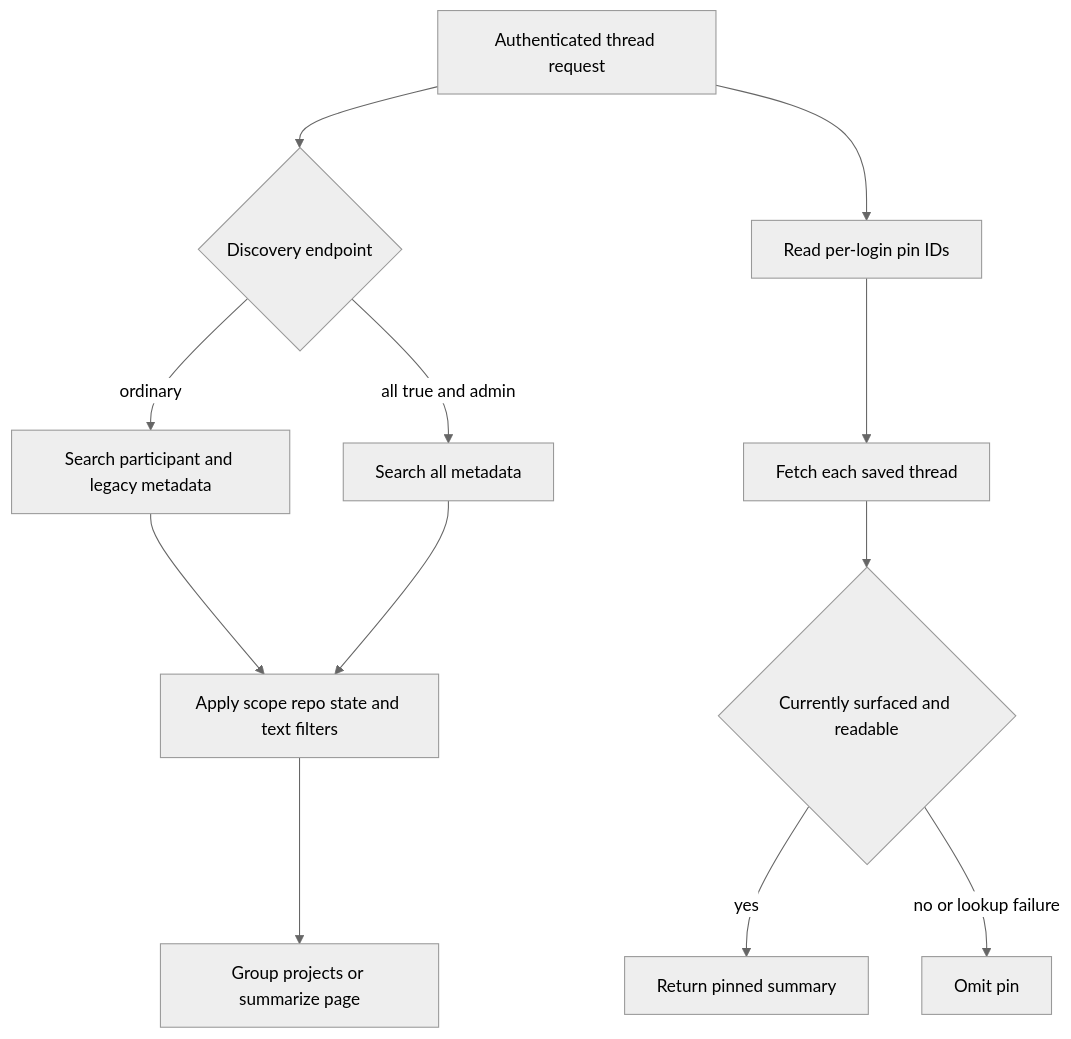
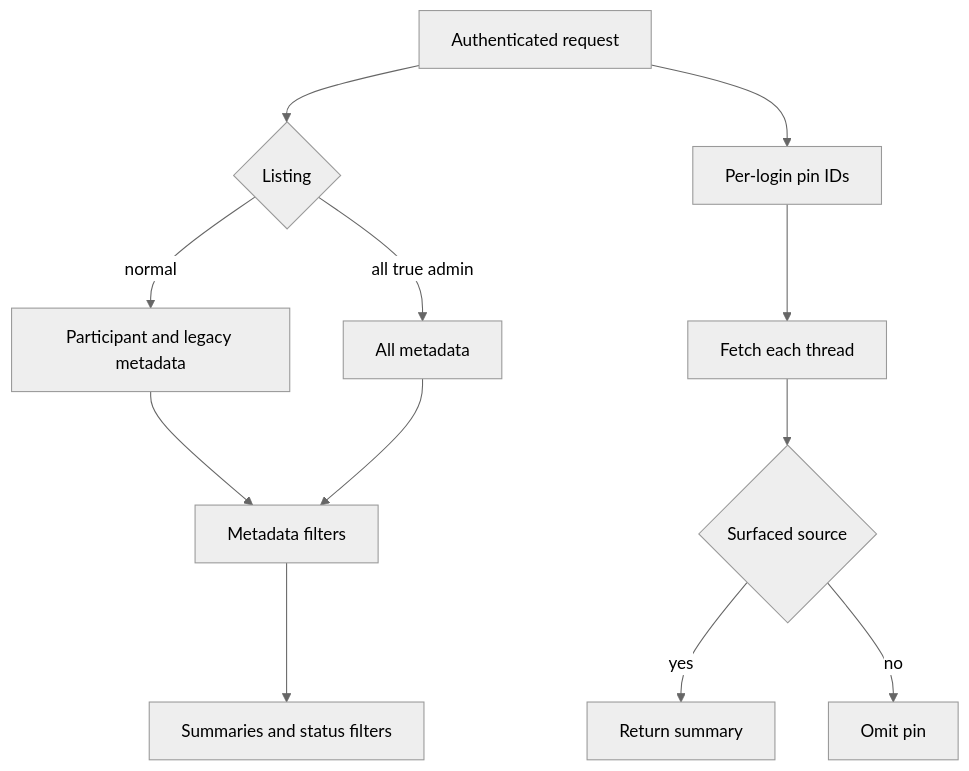
Before and after one commit to langchain-ai/open-swe: the second of 2 diagrams in openwiki/integrations/dashboard-ui.md, drawn with Mermaid (neutral theme). The commit also changed other lines of this file and 52 other files, not shown here.

````diff
--- a/openwiki/integrations/dashboard-ui.md
+++ b/openwiki/integrations/dashboard-ui.md
@@ -103,14 +97,14 @@
 ```mermaid
 flowchart TD
-    Request["Authenticated thread request"] --> Listing{"Discovery endpoint"}
-    Listing -->|"ordinary"| Participants["Search participant and legacy metadata"]
-    Listing -->|"all true and admin"| Broad["Search all metadata"]
-    Participants --> Filters["Apply scope repo state and text filters"]
-    Broad --> Filters
-    Filters --> Projects["Group projects or summarize page"]
-    Request --> Pins["Read per-login pin IDs"]
-    Pins --> Fetch["Fetch each saved thread"]
-    Fetch --> Readable{"Currently surfaced and readable"}
-    Readable -->|"yes"| Pinned["Return pinned summary"]
-    Readable -->|"no or lookup failure"| Omit["Omit pin"]
+    Req["Authenticated request"] --> List{"Listing"}
+    List -->|"normal"| Participant["Participant and legacy metadata"]
+    List -->|"all true admin"| AllThreads["All metadata"]
+    Participant --> Filters["Metadata filters"]
+    AllThreads --> Filters
+    Filters --> Summaries["Summaries and status filters"]
+    Req --> PinIds["Per-login pin IDs"]
+    PinIds --> PinFetch["Fetch each thread"]
+    PinFetch --> Readable{"Surfaced source"}
+    Readable -->|"yes"| Pinned["Return summary"]
+    Readable -->|"no"| Omit["Omit pin"]
 ```
````
